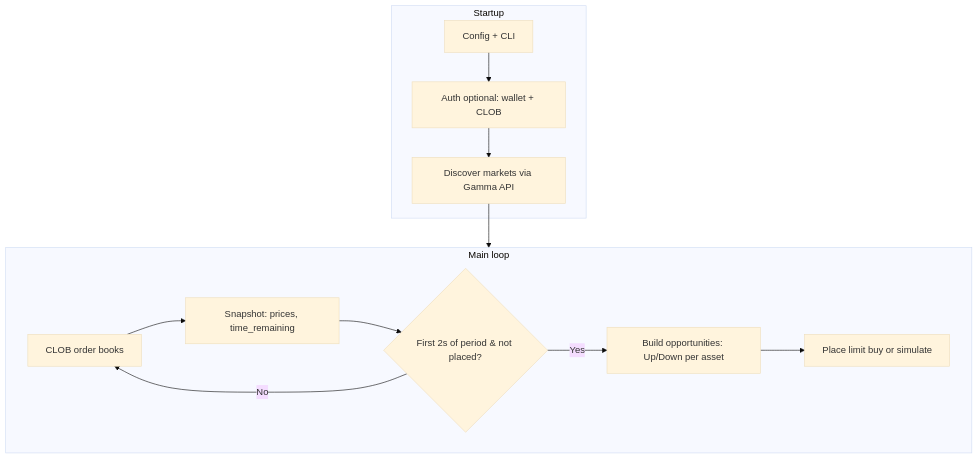
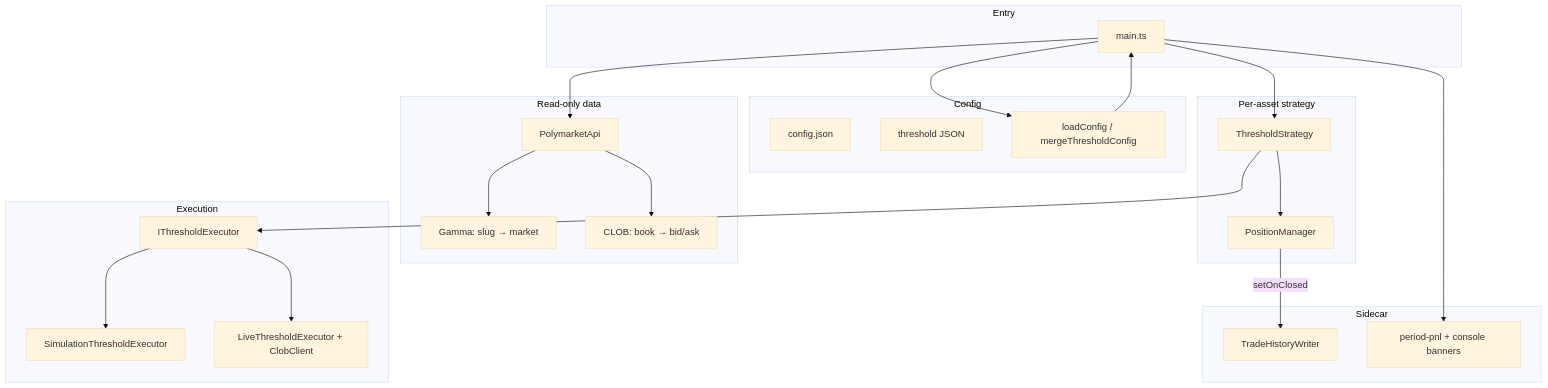
One commit to Solzen33/rust-polymarket-trading-bot changed the first of 2 diagrams in README.md. Above: the diagram before and after it, drawn with Mermaid (base theme). The commit also changed other lines of this file and 31 other files, not shown here.

````diff
--- a/README.md
+++ b/README.md
@@ -54,22 +184,41 @@
 ```mermaid
 flowchart TB
-  subgraph Init[Startup]
-    Config[Config + CLI]
-    Auth[Auth optional: wallet + CLOB]
-    Discover[Discover markets via Gamma API]
-    Config --> Auth --> Discover
+  subgraph Entry["Entry"]
+    M[main.ts]
   end
-
-  subgraph Loop[Main loop]
-    CLOB[CLOB order books]
-    Snapshot[Snapshot: prices, time_remaining]
-    Condition{First 2s of period & not placed?}
-    Opportunities[Build opportunities: Up/Down per asset]
-    Execute[Place limit buy or simulate]
-    CLOB --> Snapshot --> Condition
-    Condition -->|Yes| Opportunities --> Execute
-    Condition -->|No| CLOB
+  subgraph Config["Config"]
+    C[config.json]
+    T[threshold JSON]
+    LC[loadConfig / mergeThresholdConfig]
   end
-
-  Discover --> Loop
+  subgraph Data["Read-only data"]
+    API[PolymarketApi]
+    Gamma[Gamma: slug → market]
+    Book[CLOB: book → bid/ask]
+  end
+  subgraph Exec["Execution"]
+    EX[IThresholdExecutor]
+    SIM[SimulationThresholdExecutor]
+    LIVE[LiveThresholdExecutor + ClobClient]
+  end
+  subgraph Strategy["Per-asset strategy"]
+    TH[ThresholdStrategy]
+    PM[PositionManager]
+  end
+  subgraph Sidecar["Sidecar"]
+    HIST[TradeHistoryWriter]
+    PNL[period-pnl + console banners]
+  end
+  M --> LC
+  LC --> M
+  M --> API
+  API --> Gamma
+  API --> Book
+  M --> TH
+  TH --> PM
+  TH --> EX
+  EX --> SIM
+  EX --> LIVE
+  PM -->|setOnClosed| HIST
+  M --> PNL
 ```
````
